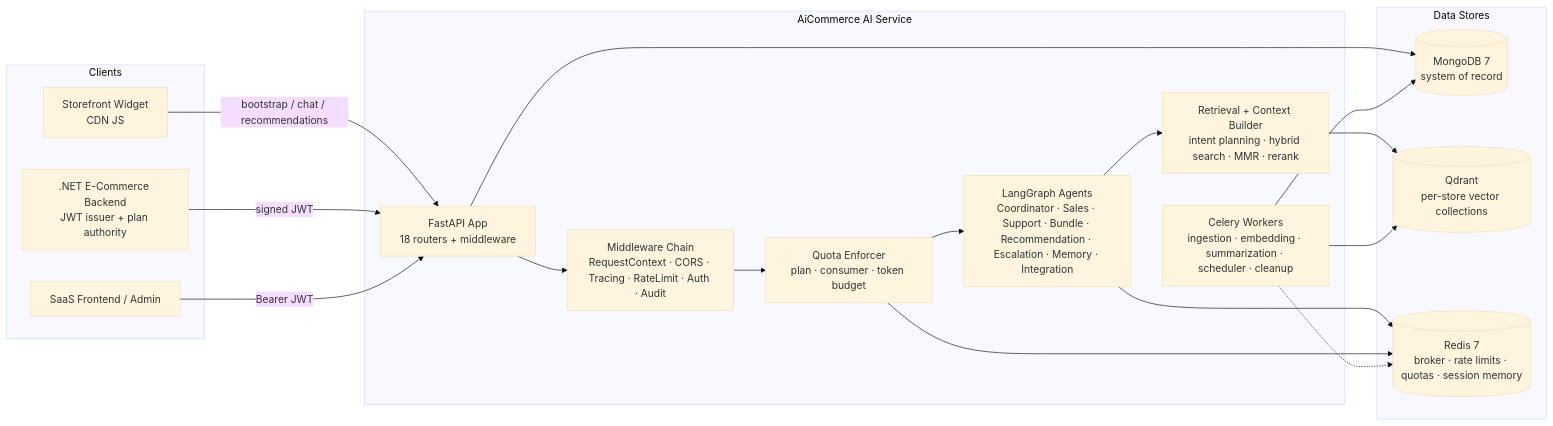
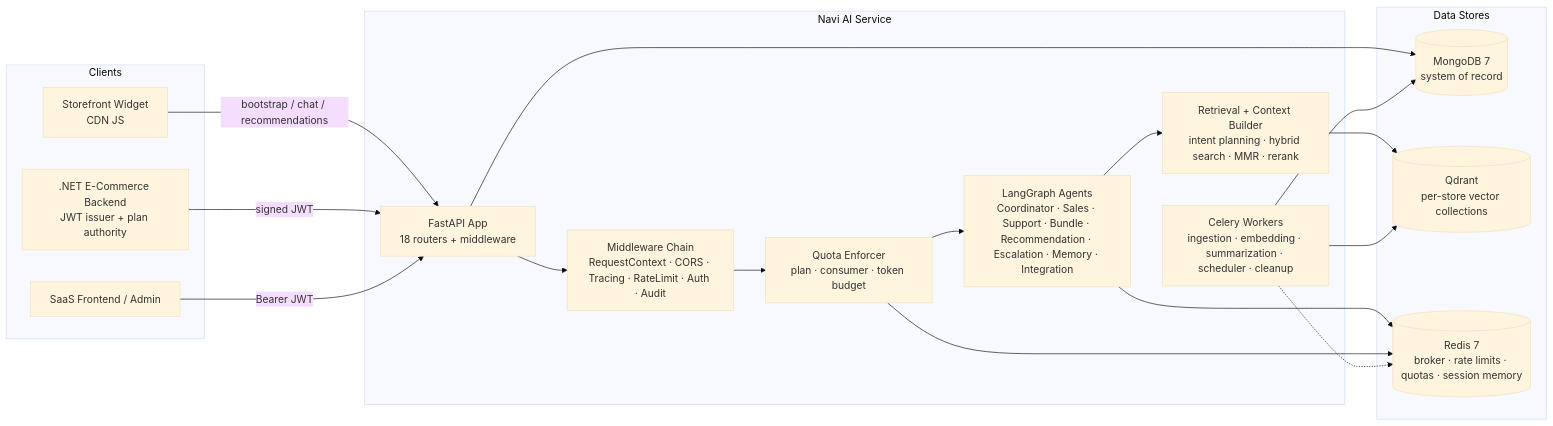
The first of 8 diagrams in README.md (youssefbassem42/AiCommerce-AI-Service), drawn with Mermaid (base theme) before and after one commit. The commit also changed other lines of this file, not shown here.

Commit message:
fix(docs): update service name from AiCommerce to Navi in README

````diff
--- a/README.md
+++ b/README.md
@@ -57,38 +57,38 @@
 ```mermaid
 flowchart LR
     subgraph Clients
         W[Storefront Widget<br/>CDN JS]
         S[.NET E-Commerce Backend<br/>JWT issuer + plan authority]
         A[SaaS Frontend / Admin]
     end
 
-    subgraph AiCommerce AI Service
+    subgraph Navi AI Service
         API[FastAPI App<br/>18 routers + middleware]
         MW[Middleware Chain<br/>RequestContext · CORS · Tracing · RateLimit · Auth · Audit]
         AG[LangGraph Agents<br/>Coordinator · Sales · Support · Bundle · Recommendation · Escalation · Memory · Integration]
         RAG[Retrieval + Context Builder<br/>intent planning · hybrid search · MMR · rerank]
         QUOTA[Quota Enforcer<br/>plan · consumer · token budget]
         WK[Celery Workers<br/>ingestion · embedding · summarization · scheduler · cleanup]
     end
 
     subgraph Data Stores
         M[(MongoDB 7<br/>system of record)]
         Q[(Qdrant<br/>per-store vector collections)]
         R[(Redis 7<br/>broker · rate limits · quotas · session memory)]
     end
 
     W -->|bootstrap / chat / recommendations| API
     S -->|signed JWT| API
     A -->|Bearer JWT| API
     API --> MW
     MW --> QUOTA
     QUOTA --> AG
     AG --> RAG
     AG --> R
     RAG --> Q
     QUOTA --> R
     API --> M
     WK --> M
     WK --> Q
     WK -.-> R
 ```
````
